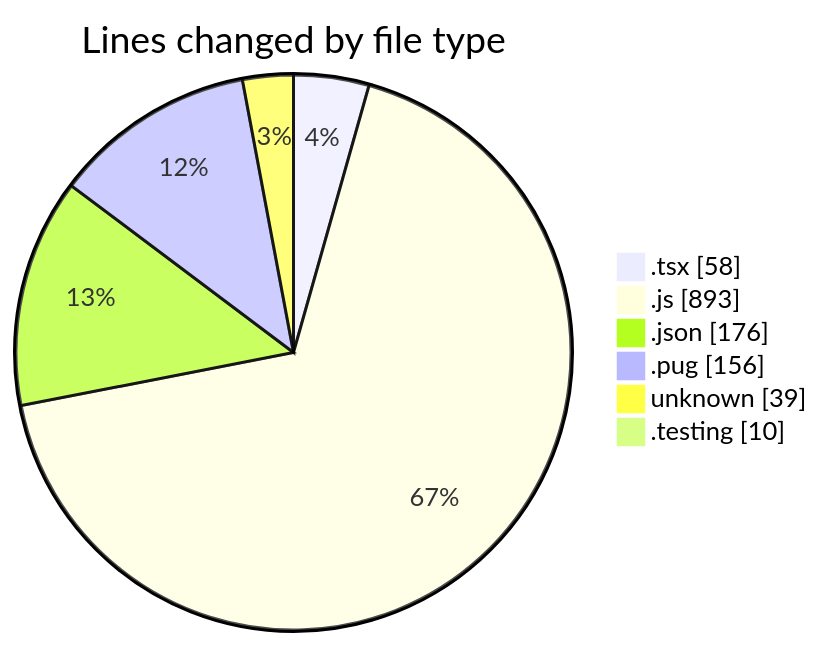
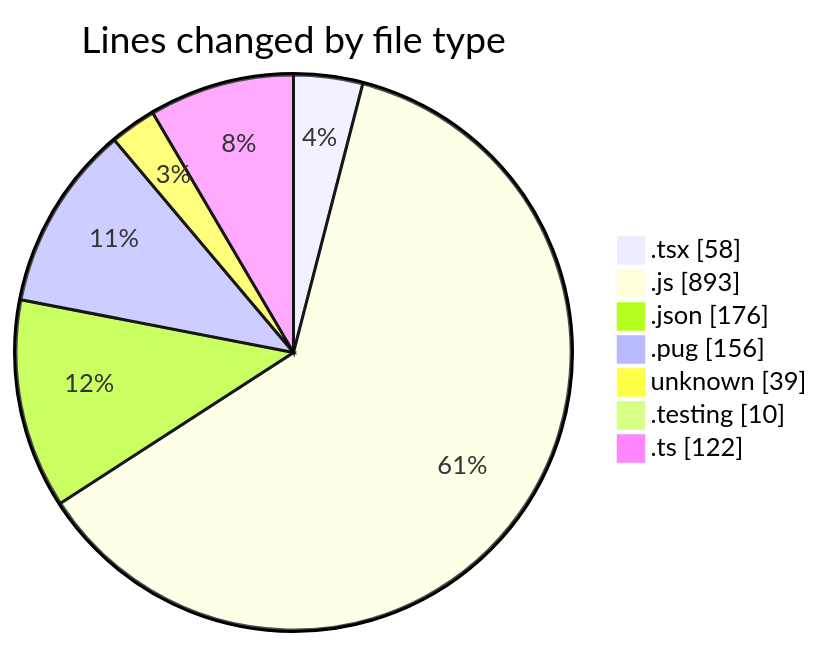
One commit to momahboobian/code-tracking changed the first of 2 diagrams in 2025-03-07/cda/README.md. Above: the diagram before and after it, drawn with Mermaid. The commit also changed other lines of this file and 1 other file, not shown here.

````diff
--- a/2025-03-07/cda/README.md
+++ b/2025-03-07/cda/README.md
@@ -30,10 +31,11 @@
 ```mermaid
 pie showData
 title Lines changed by file type
 ".tsx" : 58
 ".js" : 893
 ".json" : 176
 ".pug" : 156
 "unknown" : 39
 ".testing" : 10
+".ts" : 122
 ```
````
